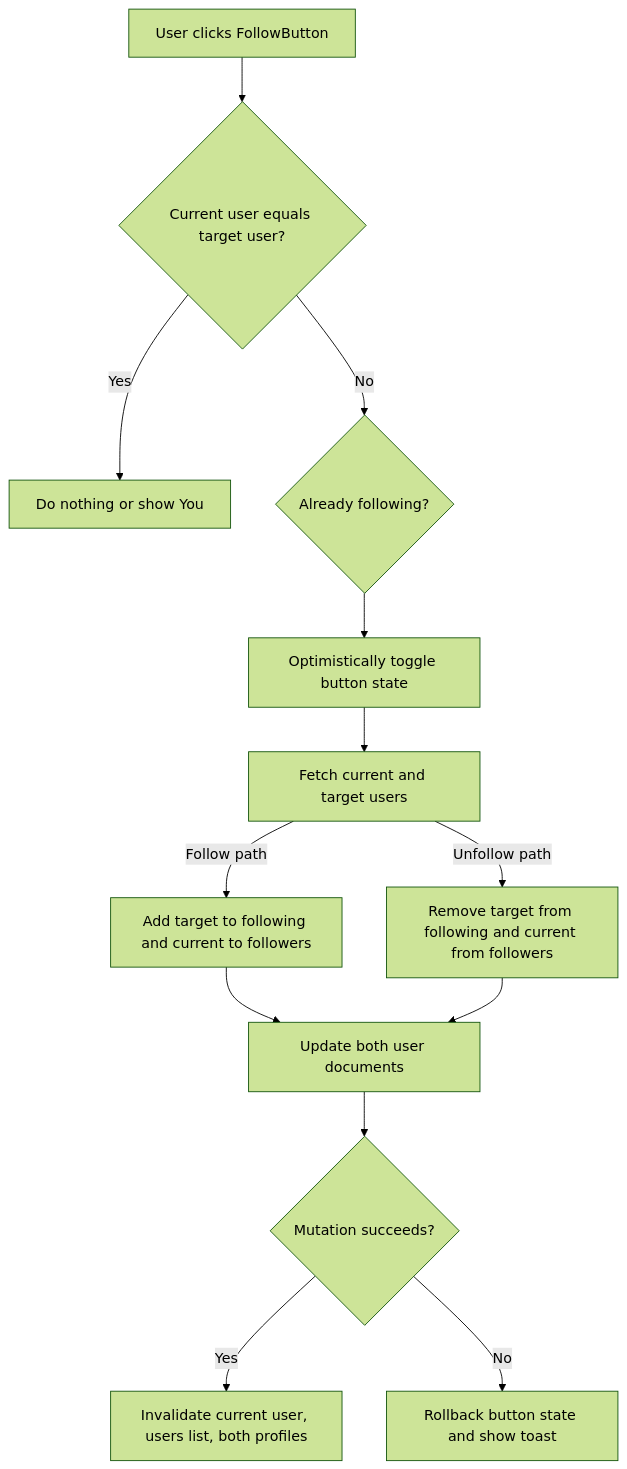
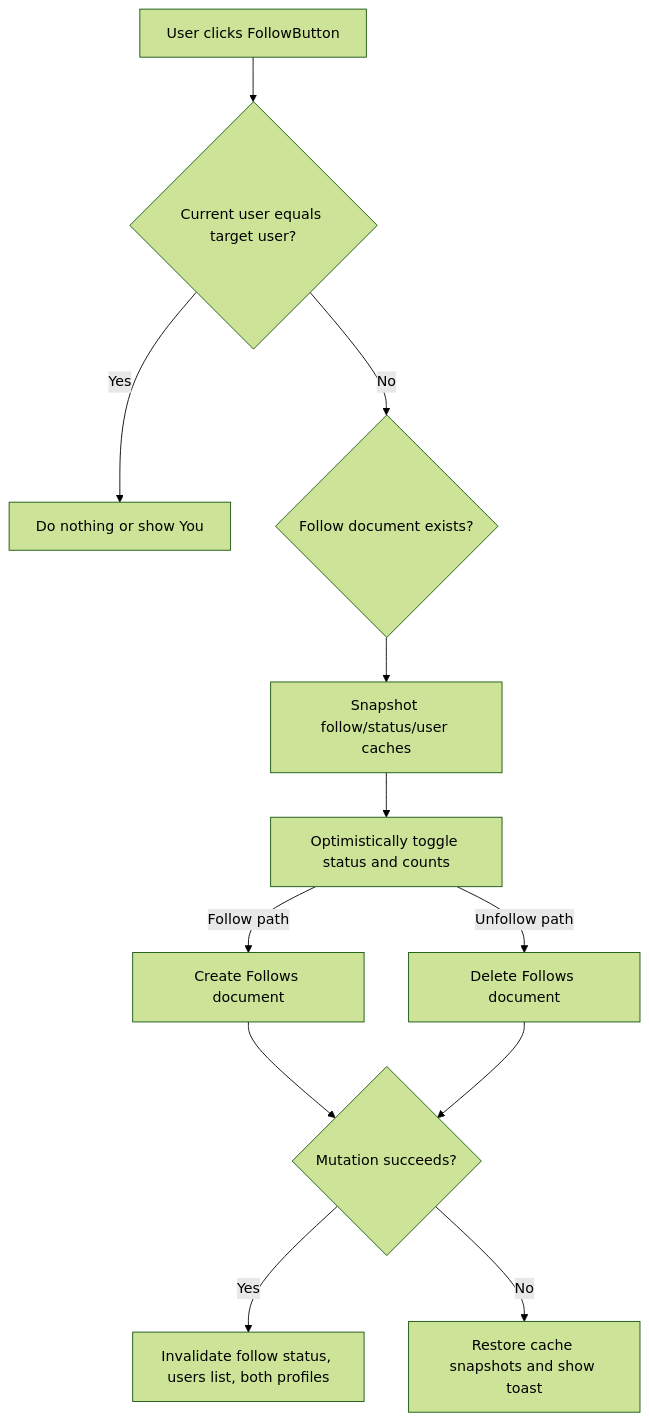
Diagram 11 of 13 in docs/LLD.md (BINIT-Nayak/Snapgram), drawn with Mermaid (forest theme) before and after one commit. The commit also changed other lines of this file and 26 other files, not shown here.

````diff
--- a/docs/LLD.md
+++ b/docs/LLD.md
@@ -862,28 +881,26 @@
 ```mermaid
 flowchart TD
   Click[User clicks FollowButton]
   OwnProfile{Current user equals target user?}
   Stop[Do nothing or show You]
-  Following{Already following?}
-  Toggle[Optimistically toggle button state]
-  FetchBoth[Fetch current and target users]
-  Follow[Add target to following and current to followers]
-  Unfollow[Remove target from following and current from followers]
-  UpdateBoth[Update both user documents]
+  Following{Follow document exists?}
+  Snapshot[Snapshot follow/status/user caches]
+  Toggle[Optimistically toggle status and counts]
+  Follow[Create Follows document]
+  Unfollow[Delete Follows document]
   Success{Mutation succeeds?}
-  Invalidate[Invalidate current user, users list, both profiles]
-  Rollback[Rollback button state and show toast]
+  Invalidate[Invalidate follow status, users list, both profiles]
+  Rollback[Restore cache snapshots and show toast]
 
   Click --> OwnProfile
   OwnProfile -->|Yes| Stop
   OwnProfile -->|No| Following
-  Following --> Toggle
-  Toggle --> FetchBoth
-  FetchBoth -->|Follow path| Follow
-  FetchBoth -->|Unfollow path| Unfollow
-  Follow --> UpdateBoth
-  Unfollow --> UpdateBoth
-  UpdateBoth --> Success
+  Following --> Snapshot
+  Snapshot --> Toggle
+  Toggle -->|Follow path| Follow
+  Toggle -->|Unfollow path| Unfollow
+  Follow --> Success
+  Unfollow --> Success
   Success -->|Yes| Invalidate
   Success -->|No| Rollback
 ```
````
